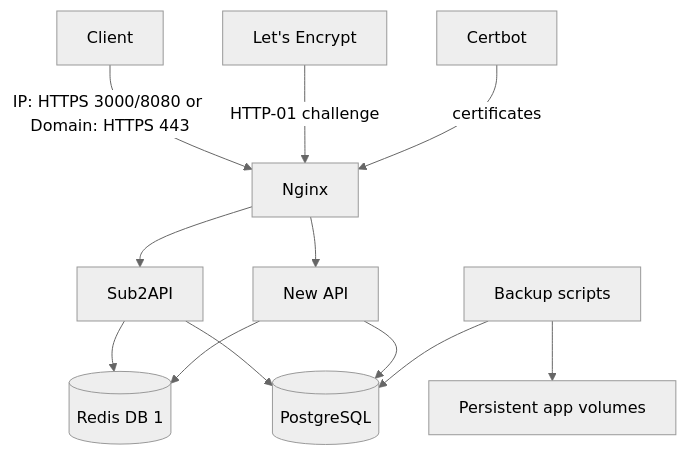
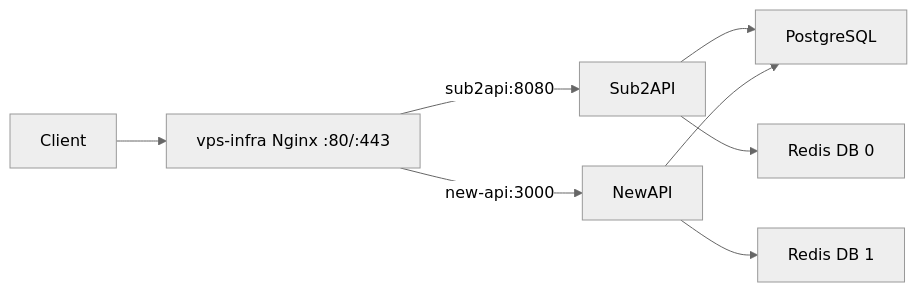
Before and after one commit to alexlo612/ai-api-relay-deploy: the diagram in README.md, drawn with Mermaid (neutral theme). The commit also changed other lines of this file and 29 other files, not shown here.

````diff
--- a/README.md
+++ b/README.md
@@ -13,14 +18,10 @@
 ```mermaid
-flowchart TD
-    C[Client] -->|IP: HTTPS 3000/8080 or Domain: HTTPS 443| N[Nginx]
-    LE[Let's Encrypt] -->|HTTP-01 challenge| N
-    CB[Certbot] -->|certificates| N
-    N --> S[Sub2API]
-    N --> A[New API]
-    S --> P[(PostgreSQL)]
-    A --> P
-    S --> R[(Redis DB 0)]
-    A --> R[(Redis DB 1)]
-    B[Backup scripts] --> P
-    B --> V[Persistent app volumes]
+flowchart LR
+    Client --> InfraNginx["vps-infra Nginx :80/:443"]
+    InfraNginx -->|sub2api:8080| Sub2API
+    InfraNginx -->|new-api:3000| NewAPI
+    Sub2API --> PostgreSQL
+    NewAPI --> PostgreSQL
+    Sub2API --> Redis0["Redis DB 0"]
+    NewAPI --> Redis1["Redis DB 1"]
 ```
````
